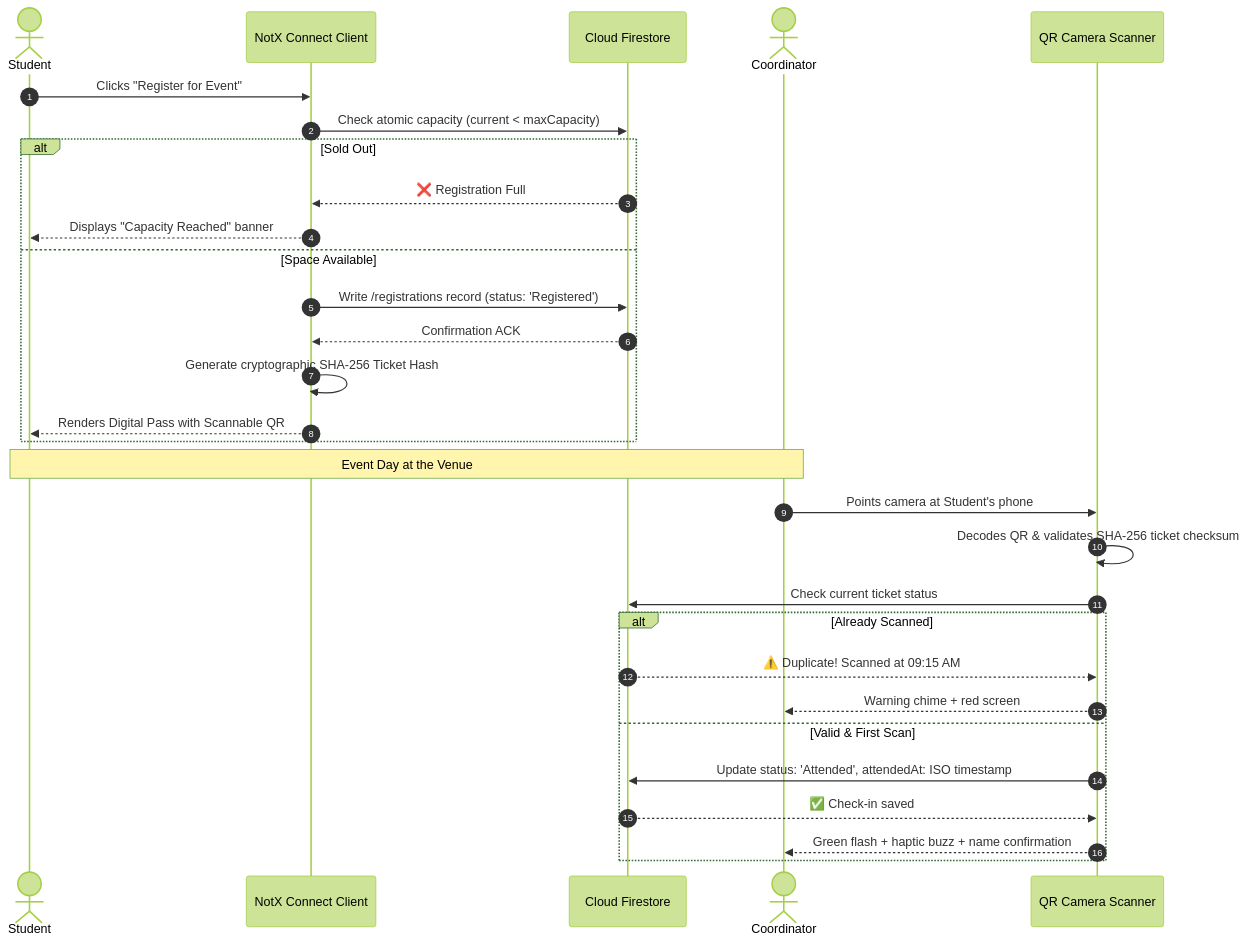
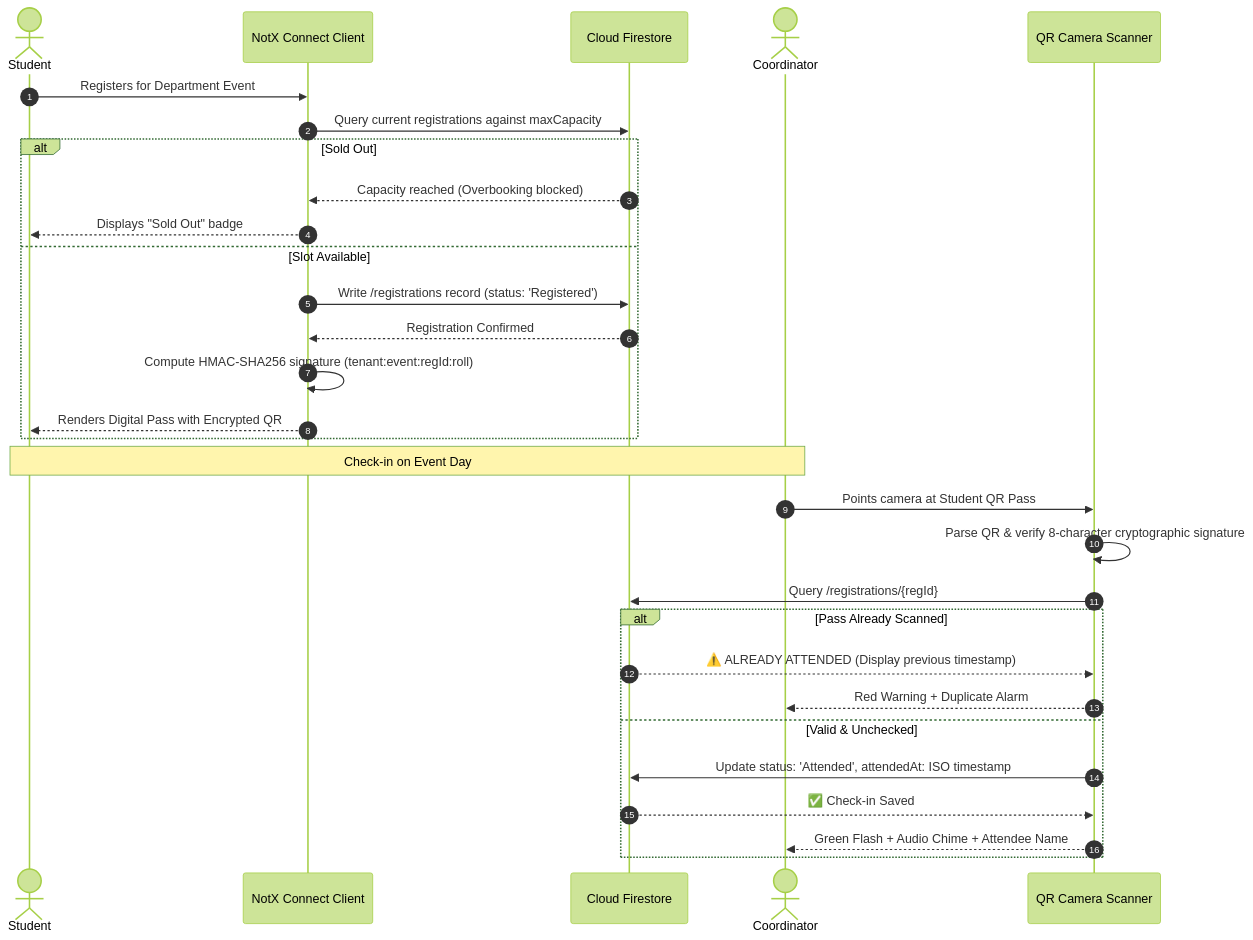
The diagram in README.md (ThinkBotz/notx-saas), drawn with Mermaid (forest theme) before and after one commit. The commit also changed other lines of this file, not shown here.

````diff
--- a/README.md
+++ b/README.md
@@ -180,34 +248,34 @@
 ```mermaid
 sequenceDiagram
     autonumber
     actor Student
-    participant NotX as NotX Connect Client
-    participant DB as Cloud Firestore
+    participant UI as NotX Connect Client
+    participant FS as Cloud Firestore
     actor Coordinator
     participant Cam as QR Camera Scanner
 
-    Student->>NotX: Clicks "Register for Event"
-    NotX->>DB: Check atomic capacity (current < maxCapacity)
+    Student->>UI: Registers for Department Event
+    UI->>FS: Query current registrations against maxCapacity
     alt Sold Out
-        DB-->>NotX: ❌ Registration Full
-        NotX-->>Student: Displays "Capacity Reached" banner
-    else Space Available
-        NotX->>DB: Write /registrations record (status: 'Registered')
-        DB-->>NotX: Confirmation ACK
-        NotX->>NotX: Generate cryptographic SHA-256 Ticket Hash
-        NotX-->>Student: Renders Digital Pass with Scannable QR
+        FS-->>UI: Capacity reached (Overbooking blocked)
+        UI-->>Student: Displays "Sold Out" badge
+    else Slot Available
+        UI->>FS: Write /registrations record (status: 'Registered')
+        FS-->>UI: Registration Confirmed
+        UI->>UI: Compute HMAC-SHA256 signature (tenant:event:regId:roll)
+        UI-->>Student: Renders Digital Pass with Encrypted QR
     end
 
-    Note over Student,Coordinator: Event Day at the Venue
-    Coordinator->>Cam: Points camera at Student's phone
-    Cam->>Cam: Decodes QR & validates SHA-256 ticket checksum
-    Cam->>DB: Check current ticket status
-    alt Already Scanned
-        DB-->>Cam: ⚠️ Duplicate! Scanned at 09:15 AM
-        Cam-->>Coordinator: Warning chime + red screen
-    else Valid & First Scan
-        Cam->>DB: Update status: 'Attended', attendedAt: ISO timestamp
-        DB-->>Cam: ✅ Check-in saved
-        Cam-->>Coordinator: Green flash + haptic buzz + name confirmation
+    Note over Student,Coordinator: Check-in on Event Day
+    Coordinator->>Cam: Points camera at Student QR Pass
+    Cam->>Cam: Parse QR & verify 8-character cryptographic signature
+    Cam->>FS: Query /registrations/{regId}
+    alt Pass Already Scanned
+        FS-->>Cam: ⚠️ ALREADY ATTENDED (Display previous timestamp)
+        Cam-->>Coordinator: Red Warning + Duplicate Alarm
+    else Valid & Unchecked
+        Cam->>FS: Update status: 'Attended', attendedAt: ISO timestamp
+        FS-->>Cam: ✅ Check-in Saved
+        Cam-->>Coordinator: Green Flash + Audio Chime + Attendee Name
     end
 ```
````
